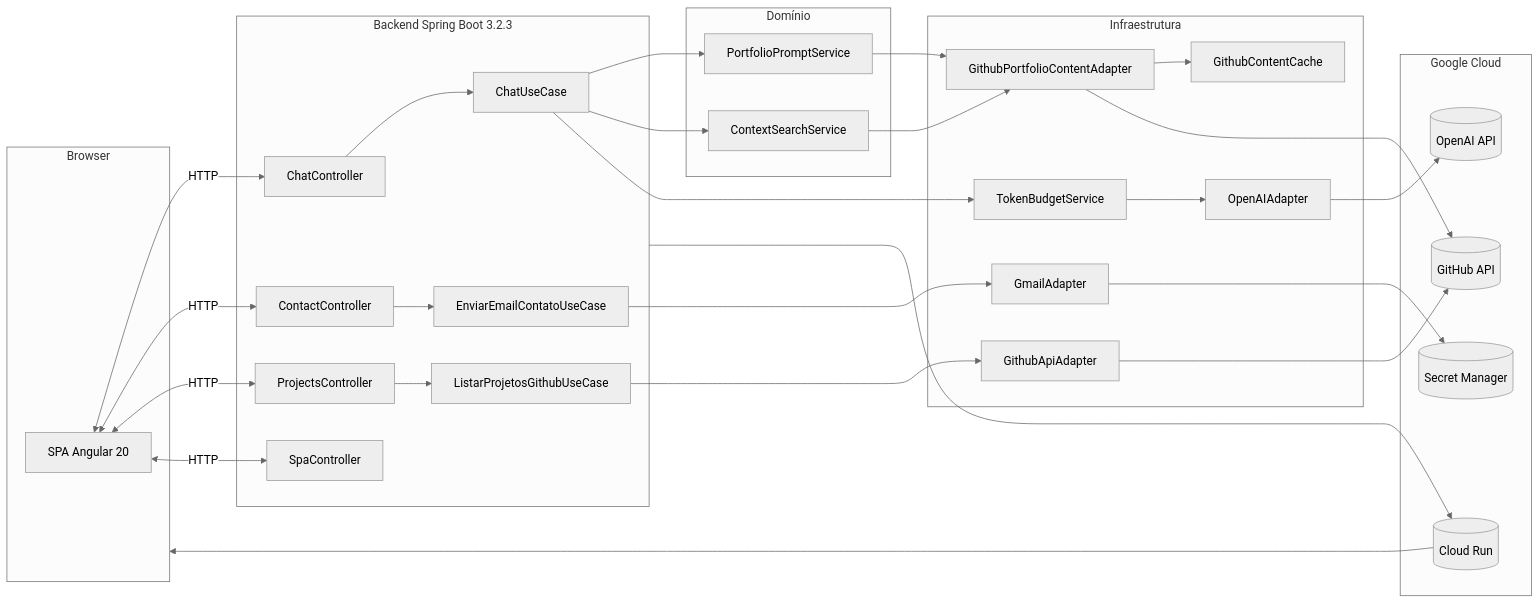
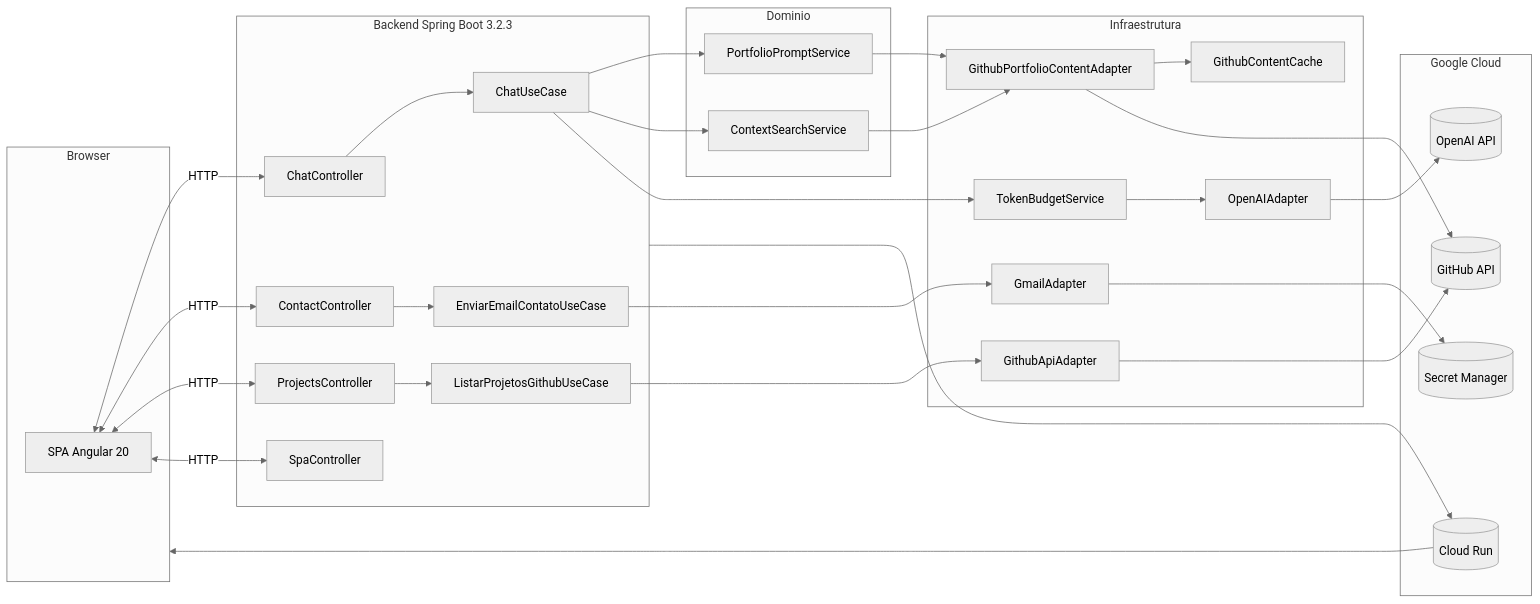
The first of 2 diagrams in portfolio-content/projects/wmakeouthill.github.io.md (wmakeouthill/certificados-wesley), drawn with Mermaid (neutral theme) before and after one commit. The commit also changed other lines of this file, not shown here.

````diff
--- a/portfolio-content/projects/wmakeouthill.github.io.md
+++ b/portfolio-content/projects/wmakeouthill.github.io.md
@@ -43,66 +43,66 @@
 ```mermaid
-%%{title: "Arquitetura Geral do Portfólio Profissional"}%%
+%%{title: "Arquitetura Geral do Portfolio Profissional"}%%
 flowchart LR
     subgraph Browser
         A[SPA Angular 20]
     end
 
     subgraph Backend[Backend Spring Boot 3.2.3]
         B1[ChatController]
         B2[ContactController]
         B3[ProjectsController]
         B4[SpaController]
 
         UC_CHAT[ChatUseCase]
         UC_CONTACT[EnviarEmailContatoUseCase]
         UC_PROJECTS[ListarProjetosGithubUseCase]
 
         B1 --> UC_CHAT
         B2 --> UC_CONTACT
         B3 --> UC_PROJECTS
     end
 
-    subgraph Dominio[Domínio]
+    subgraph Dominio[Dominio]
         D1[PortfolioPromptService]
         D2[ContextSearchService]
     end
 
     subgraph Infra[Infraestrutura]
         AI[OpenAIAdapter]
         GH[GithubApiAdapter]
         GH_CONTENT[GithubPortfolioContentAdapter]
         CACHE[GithubContentCache]
         MAIL[GmailAdapter]
         BUDGET[TokenBudgetService]
     end
 
     subgraph Cloud[Google Cloud]
         SM[(Secret Manager)]
         CR[(Cloud Run)]
         OA[(OpenAI API)]
         GITHUB[(GitHub API)]
     end
 
     A <-- HTTP --> B1
     A <-- HTTP --> B2
     A <-- HTTP --> B3
     A <-- HTTP --> B4
 
     UC_CHAT --> D1
     UC_CHAT --> D2
     UC_CHAT --> BUDGET
     D1 --> GH_CONTENT
     D2 --> GH_CONTENT
     BUDGET --> AI
     UC_CONTACT --> MAIL
     UC_PROJECTS --> GH
 
     AI --> OA
     GH --> GITHUB
     GH_CONTENT --> CACHE
     GH_CONTENT --> GITHUB
     MAIL --> SM
 
     Backend --> CR
     CR --> Browser
 ```
````
